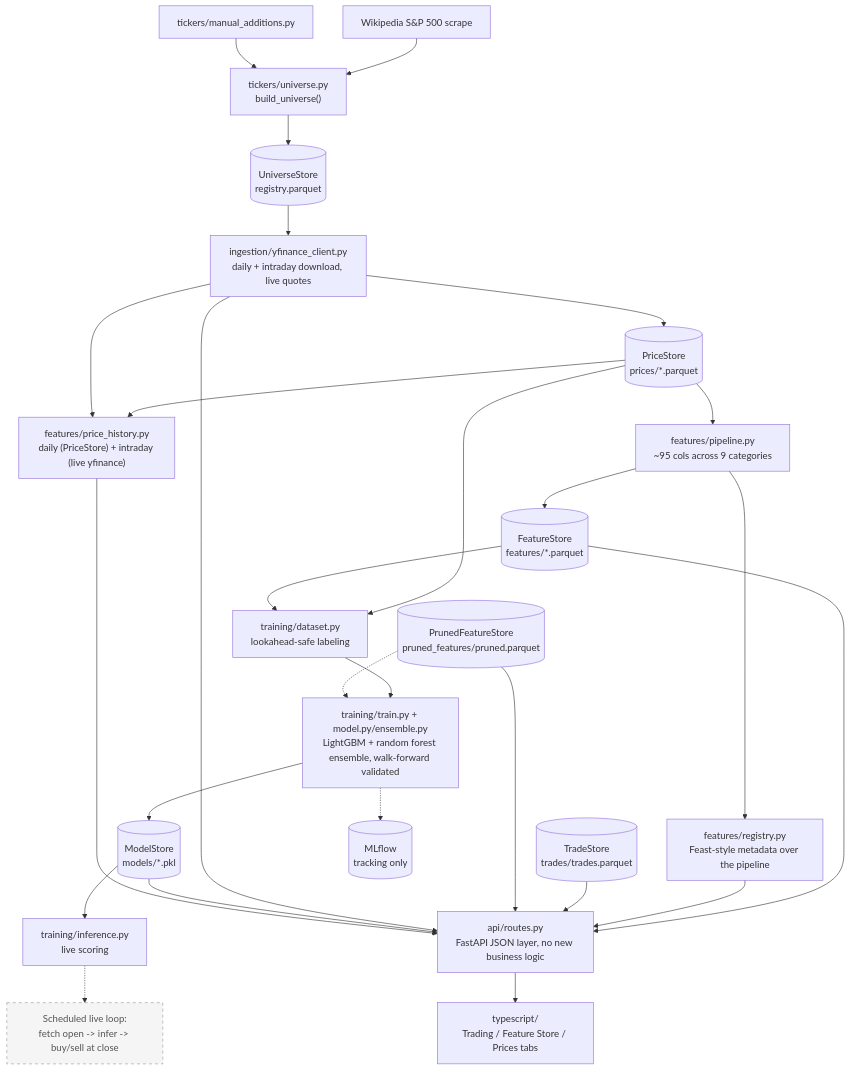
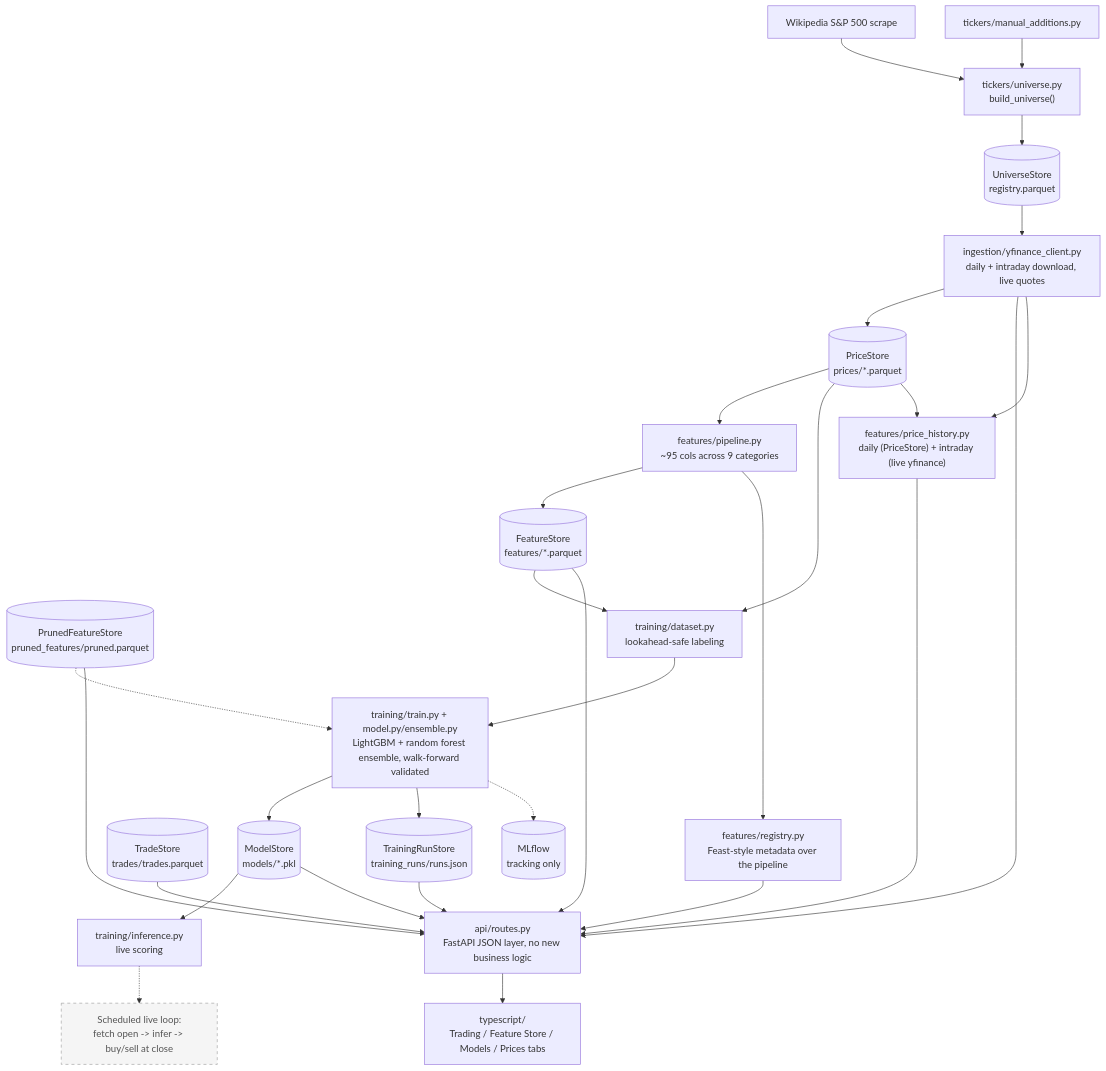
The diagram in README.md (fartzy/stock-picker), drawn with Mermaid before and after one commit. The commit also changed other lines of this file and 21 other files, not shown here.

````diff
--- a/README.md
+++ b/README.md
@@ -13,59 +13,62 @@
 ```mermaid
 flowchart TB
     WIKI["Wikipedia S&amp;P 500 scrape"]
     MANUAL["tickers/manual_additions.py"]
     BUILDUNIV["tickers/universe.py<br/>build_universe()"]
     YF["ingestion/yfinance_client.py<br/>daily + intraday download, live quotes"]
 
     US[("UniverseStore<br/>registry.parquet")]
     PS[("PriceStore<br/>prices/*.parquet")]
     FS[("FeatureStore<br/>features/*.parquet")]
     MS[("ModelStore<br/>models/*.pkl")]
     TS[("TradeStore<br/>trades/trades.parquet")]
     PFS[("PrunedFeatureStore<br/>pruned_features/pruned.parquet")]
+    TRS[("TrainingRunStore<br/>training_runs/runs.json")]
 
     FEATPIPE["features/pipeline.py<br/>~95 cols across 9 categories"]
     REGISTRY["features/registry.py<br/>Feast-style metadata over the pipeline"]
 
     DATASET["training/dataset.py<br/>lookahead-safe labeling"]
     TRAIN["training/train.py + model.py/ensemble.py<br/>LightGBM + random forest ensemble, walk-forward validated"]
     INFER["training/inference.py<br/>live scoring"]
     MLFLOW[("MLflow<br/>tracking only")]
 
     API["api/routes.py<br/>FastAPI JSON layer, no new business logic"]
-    WEB["typescript/<br/>Trading / Feature Store / Prices tabs"]
+    WEB["typescript/<br/>Trading / Feature Store / Models / Prices tabs"]
     PRICEHIST["features/price_history.py<br/>daily (PriceStore) + intraday (live yfinance)"]
 
     WIKI --> BUILDUNIV
     MANUAL --> BUILDUNIV
     BUILDUNIV --> US
     US --> YF
     YF --> PS
     PS --> FEATPIPE
     FEATPIPE --> FS
     PS --> DATASET
     FS --> DATASET
     DATASET --> TRAIN
     TRAIN --> MS
+    TRAIN --> TRS
     TRAIN -.-> MLFLOW
     MS --> INFER
     PFS -.-> TRAIN
     FEATPIPE --> REGISTRY
     FS --> API
     REGISTRY --> API
     TS --> API
     PFS --> API
     YF --> API
     MS --> API
+    TRS --> API
     PS --> PRICEHIST
     YF --> PRICEHIST
     PRICEHIST --> API
     API --> WEB
 
     LIVE["Scheduled live loop:<br/>fetch open -> infer -> buy/sell at close"]
 
     INFER -.-> LIVE
 
     classDef planned stroke-dasharray: 5 5,fill:#f5f5f5,stroke:#999,color:#555;
     class LIVE planned;
 ```
````
